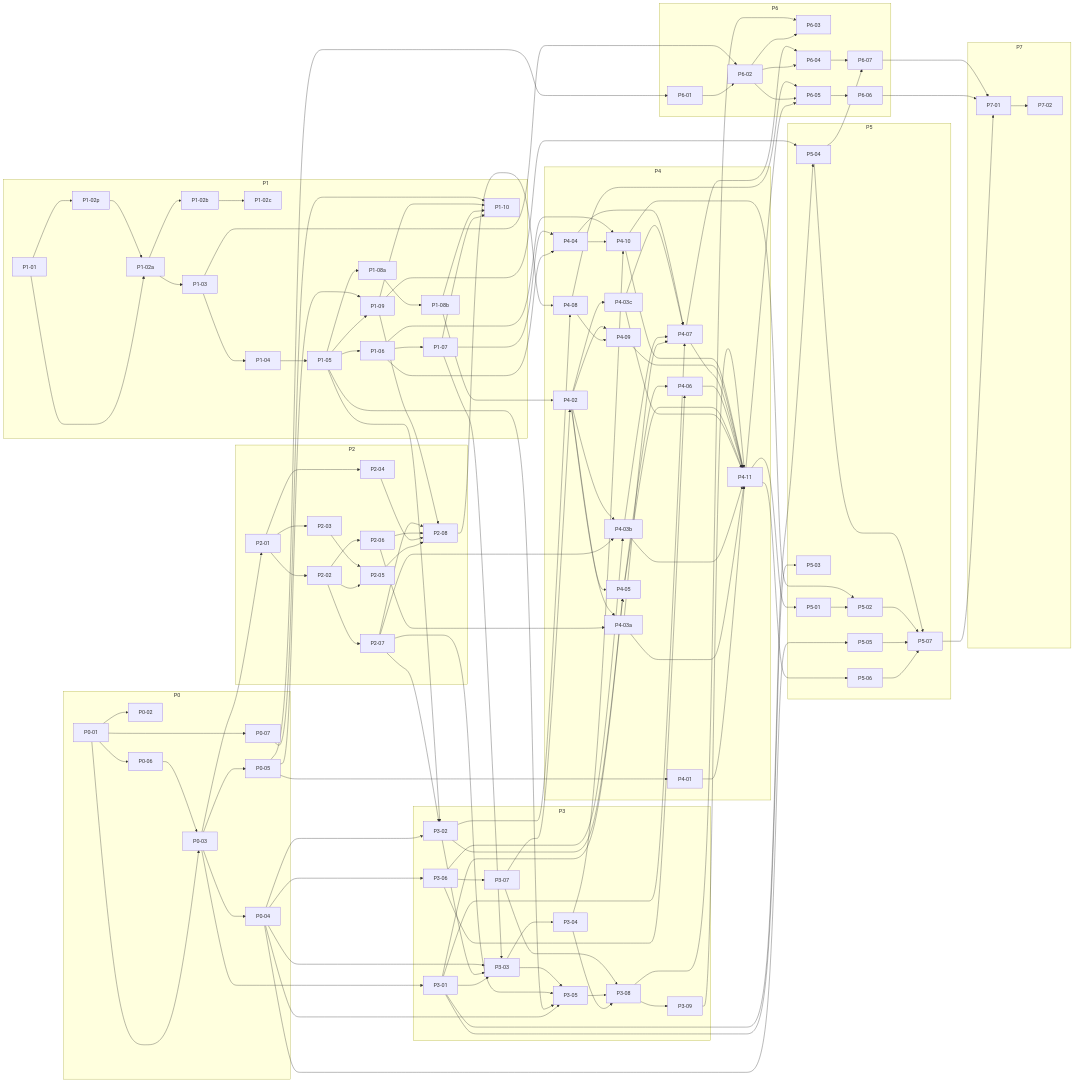
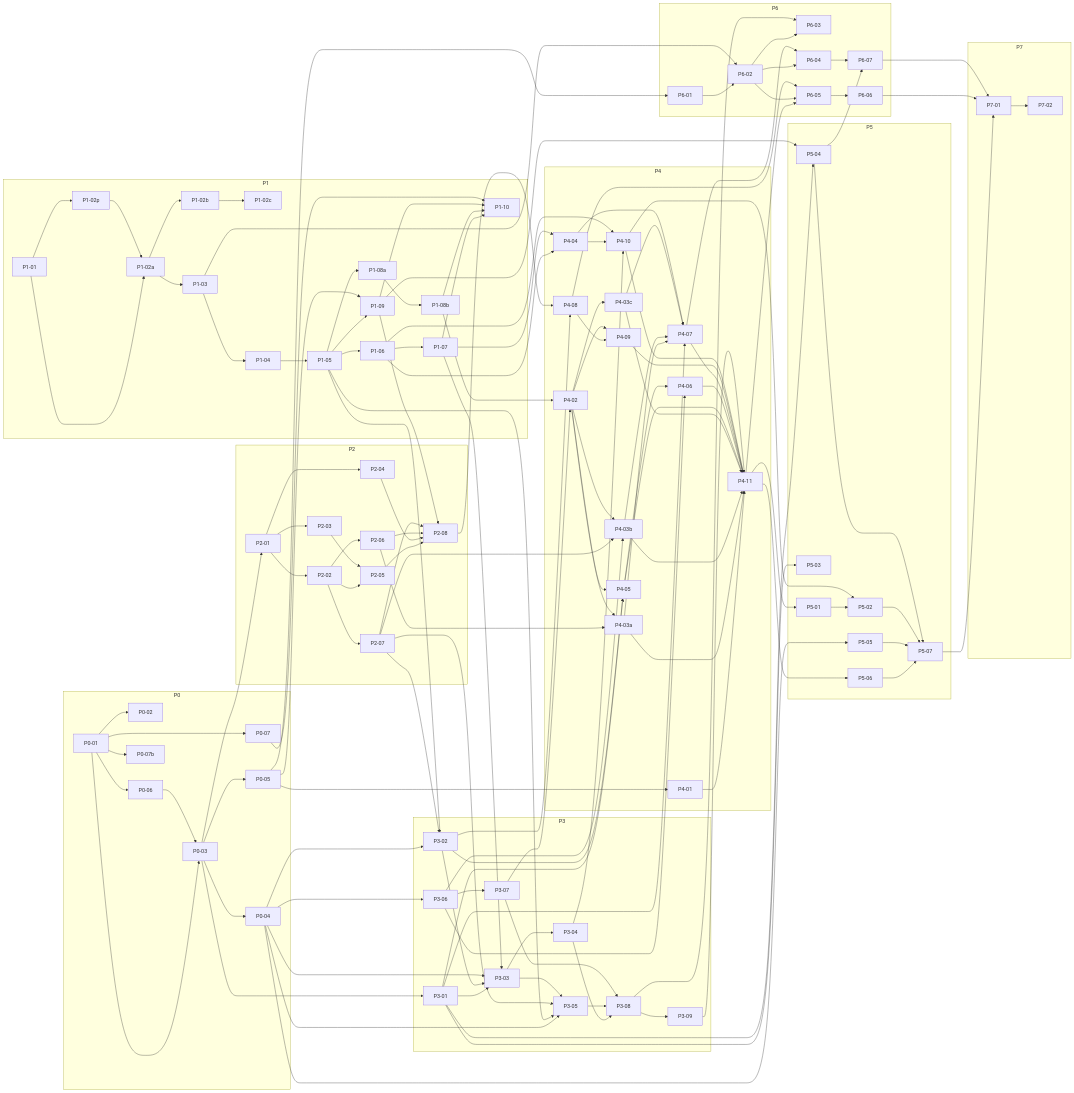
The diagram in docs/packages/README.md (lookmanrays/purser), drawn with Mermaid before and after one commit. The commit also changed other lines of this file and 3 other files, not shown here.

```diff
--- a/docs/packages/README.md
+++ b/docs/packages/README.md
@@ -86,6 +87,7 @@
     P0_05["P0-05"]
     P0_06["P0-06"]
     P0_07["P0-07"]
+    P0_07b["P0-07b"]
   end
   subgraph P1
     P1_01["P1-01"]
@@ -168,6 +170,7 @@
   P0_03 --> P0_05
   P0_01 --> P0_06
   P0_01 --> P0_07
+  P0_01 --> P0_07b
   P1_01 --> P1_02a
   P1_02p --> P1_02a
   P1_02a --> P1_02b
```
